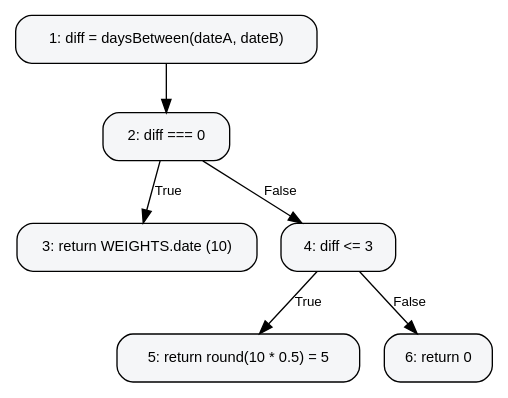
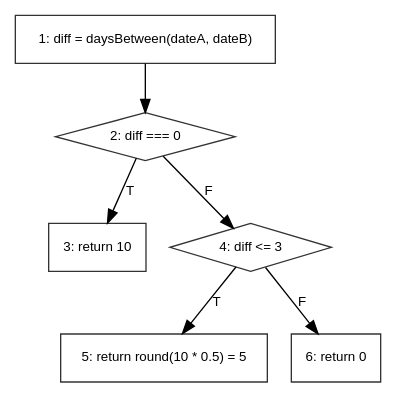
Before and after one commit to Meili1407/Software-Testing-LostFound: the diagram in report-assets/cfg/scoreDate.dot, drawn with Graphviz. The commit also changed 28 other files, not shown here.

```diff
--- a/report-assets/cfg/scoreDate.dot
+++ b/report-assets/cfg/scoreDate.dot
@@ -1,18 +1,18 @@
 digraph scoreDate {
   rankdir=TB;
-  node [shape=box, style="rounded,filled", fillcolor="#f5f6f8", fontname="Helvetica", fontsize=11, margin="0.15,0.1"];
+  node [shape=box, fontname="Helvetica", fontsize=10, color="#333333"];
   edge [fontname="Helvetica", fontsize=10];
 
   N1 [label="1: diff = daysBetween(dateA, dateB)"];
-  N2 [label="2: diff === 0"];
-  N3 [label="3: return WEIGHTS.date (10)"];
-  N4 [label="4: diff <= 3"];
+  N2 [shape=diamond, label="2: diff === 0"];
+  N3 [label="3: return 10"];
+  N4 [shape=diamond, label="4: diff <= 3"];
   N5 [label="5: return round(10 * 0.5) = 5"];
   N6 [label="6: return 0"];
 
   N1 -> N2;
-  N2 -> N3 [label="True"];
-  N2 -> N4 [label="False"];
-  N4 -> N5 [label="True"];
-  N4 -> N6 [label="False"];
+  N2 -> N3 [label="T"];
+  N2 -> N4 [label="F"];
+  N4 -> N5 [label="T"];
+  N4 -> N6 [label="F"];
 }
```
